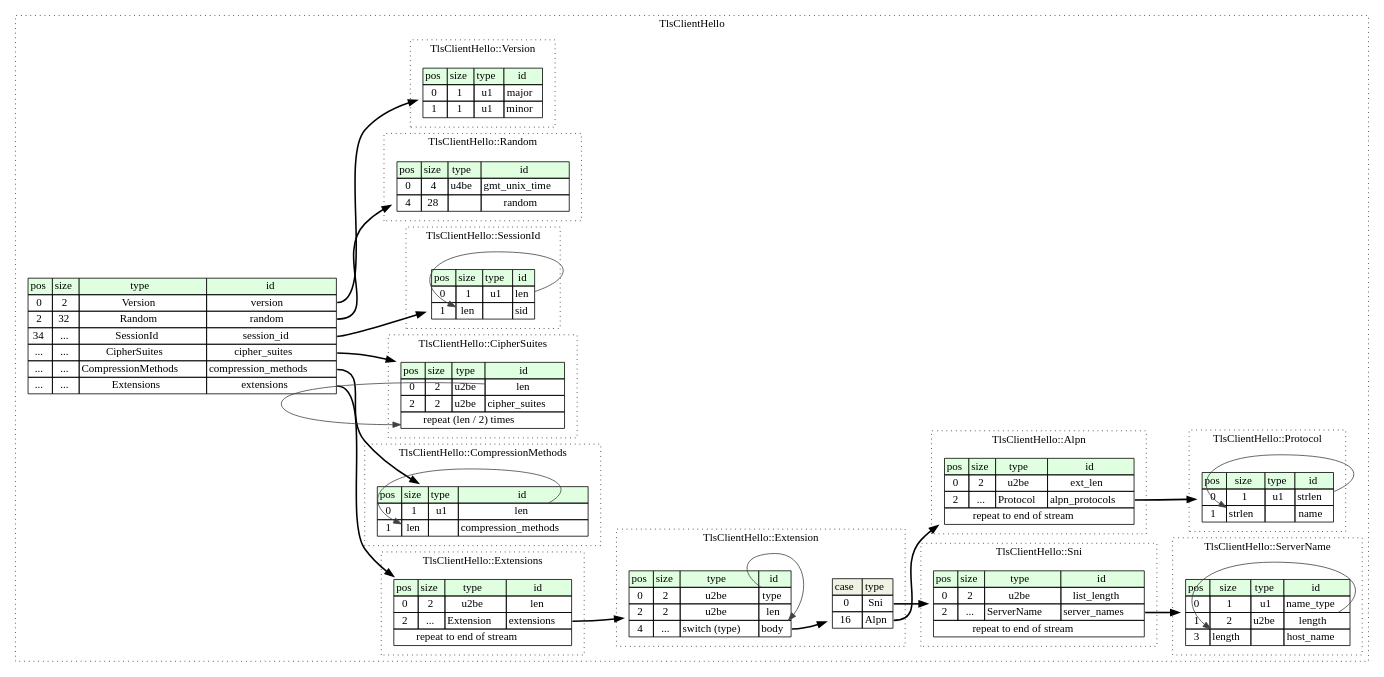
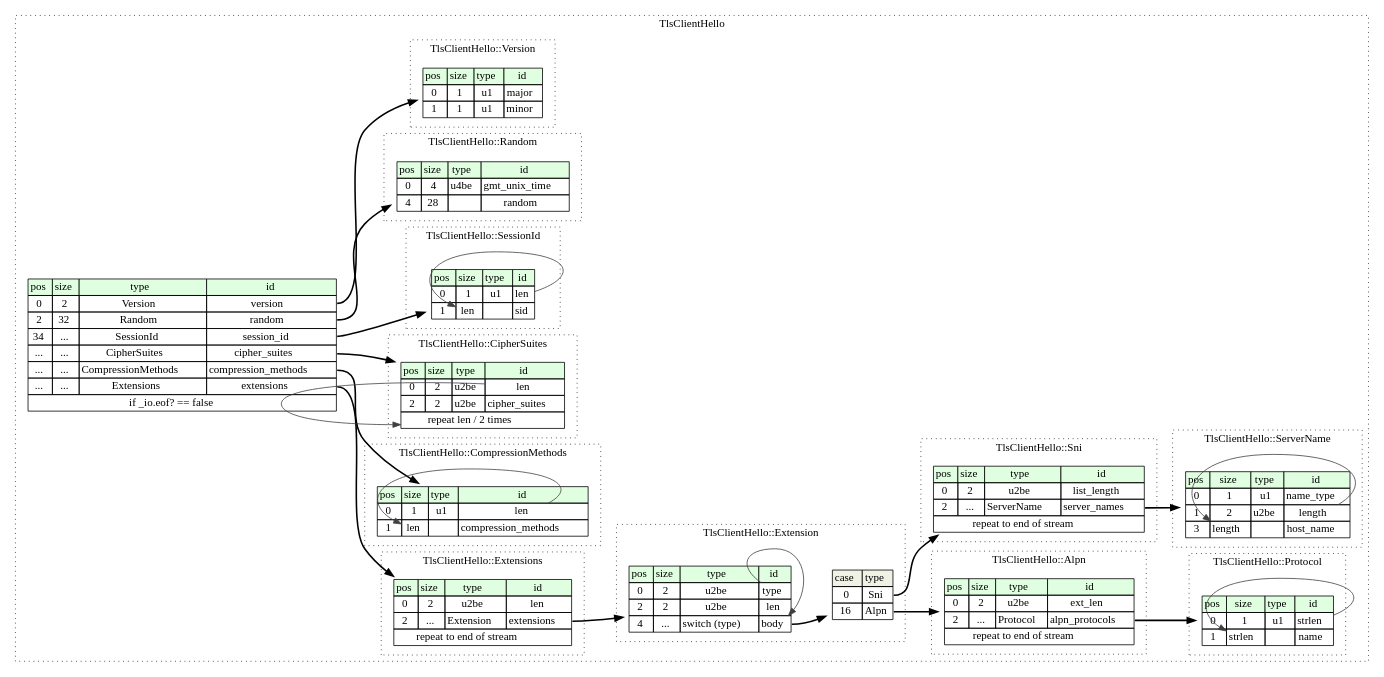
Before and after one commit to kaitai-io/formats-kaitai-io.github.io: the diagram in tls_client_hello/src/graphviz/tls_client_hello.dot, drawn with Graphviz. The commit also changed 6539 other files, not shown here.

```diff
--- a/tls_client_hello/src/graphviz/tls_client_hello.dot
+++ b/tls_client_hello/src/graphviz/tls_client_hello.dot
@@ -13,16 +13,75 @@
 			<TR><TD PORT="cipher_suites_pos">...</TD><TD PORT="cipher_suites_size">...</TD><TD>CipherSuites</TD><TD PORT="cipher_suites_type">cipher_suites</TD></TR>
 			<TR><TD PORT="compression_methods_pos">...</TD><TD PORT="compression_methods_size">...</TD><TD>CompressionMethods</TD><TD PORT="compression_methods_type">compression_methods</TD></TR>
 			<TR><TD PORT="extensions_pos">...</TD><TD PORT="extensions_size">...</TD><TD>Extensions</TD><TD PORT="extensions_type">extensions</TD></TR>
+			<TR><TD COLSPAN="4" PORT="extensions__if">if _io.eof? == false</TD></TR>
 		</TABLE>>];
-		subgraph cluster__server_name {
-			label="TlsClientHello::ServerName";
+		subgraph cluster__alpn {
+			label="TlsClientHello::Alpn";
 			graph[style=dotted];
 
-			server_name__seq [label=<<TABLE BORDER="0" CELLBORDER="1" CELLSPACING="0">
+			alpn__seq [label=<<TABLE BORDER="0" CELLBORDER="1" CELLSPACING="0">
 				<TR><TD BGCOLOR="#E0FFE0">pos</TD><TD BGCOLOR="#E0FFE0">size</TD><TD BGCOLOR="#E0FFE0">type</TD><TD BGCOLOR="#E0FFE0">id</TD></TR>
-				<TR><TD PORT="name_type_pos">0</TD><TD PORT="name_type_size">1</TD><TD>u1</TD><TD PORT="name_type_type">name_type</TD></TR>
-				<TR><TD PORT="length_pos">1</TD><TD PORT="length_size">2</TD><TD>u2be</TD><TD PORT="length_type">length</TD></TR>
-				<TR><TD PORT="host_name_pos">3</TD><TD PORT="host_name_size">length</TD><TD></TD><TD PORT="host_name_type">host_name</TD></TR>
+				<TR><TD PORT="ext_len_pos">0</TD><TD PORT="ext_len_size">2</TD><TD>u2be</TD><TD PORT="ext_len_type">ext_len</TD></TR>
+				<TR><TD PORT="alpn_protocols_pos">2</TD><TD PORT="alpn_protocols_size">...</TD><TD>Protocol</TD><TD PORT="alpn_protocols_type">alpn_protocols</TD></TR>
+				<TR><TD COLSPAN="4" PORT="alpn_protocols__repeat">repeat to end of stream</TD></TR>
+			</TABLE>>];
+		}
+		subgraph cluster__cipher_suites {
+			label="TlsClientHello::CipherSuites";
+			graph[style=dotted];
+
+			cipher_suites__seq [label=<<TABLE BORDER="0" CELLBORDER="1" CELLSPACING="0">
+				<TR><TD BGCOLOR="#E0FFE0">pos</TD><TD BGCOLOR="#E0FFE0">size</TD><TD BGCOLOR="#E0FFE0">type</TD><TD BGCOLOR="#E0FFE0">id</TD></TR>
+				<TR><TD PORT="len_pos">0</TD><TD PORT="len_size">2</TD><TD>u2be</TD><TD PORT="len_type">len</TD></TR>
+				<TR><TD PORT="cipher_suites_pos">2</TD><TD PORT="cipher_suites_size">2</TD><TD>u2be</TD><TD PORT="cipher_suites_type">cipher_suites</TD></TR>
+				<TR><TD COLSPAN="4" PORT="cipher_suites__repeat">repeat len / 2 times</TD></TR>
+			</TABLE>>];
+		}
+		subgraph cluster__compression_methods {
+			label="TlsClientHello::CompressionMethods";
+			graph[style=dotted];
+
+			compression_methods__seq [label=<<TABLE BORDER="0" CELLBORDER="1" CELLSPACING="0">
+				<TR><TD BGCOLOR="#E0FFE0">pos</TD><TD BGCOLOR="#E0FFE0">size</TD><TD BGCOLOR="#E0FFE0">type</TD><TD BGCOLOR="#E0FFE0">id</TD></TR>
+				<TR><TD PORT="len_pos">0</TD><TD PORT="len_size">1</TD><TD>u1</TD><TD PORT="len_type">len</TD></TR>
+				<TR><TD PORT="compression_methods_pos">1</TD><TD PORT="compression_methods_size">len</TD><TD></TD><TD PORT="compression_methods_type">compression_methods</TD></TR>
+			</TABLE>>];
+		}
+		subgraph cluster__extension {
+			label="TlsClientHello::Extension";
+			graph[style=dotted];
+
+			extension__seq [label=<<TABLE BORDER="0" CELLBORDER="1" CELLSPACING="0">
+				<TR><TD BGCOLOR="#E0FFE0">pos</TD><TD BGCOLOR="#E0FFE0">size</TD><TD BGCOLOR="#E0FFE0">type</TD><TD BGCOLOR="#E0FFE0">id</TD></TR>
+				<TR><TD PORT="type_pos">0</TD><TD PORT="type_size">2</TD><TD>u2be</TD><TD PORT="type_type">type</TD></TR>
+				<TR><TD PORT="len_pos">2</TD><TD PORT="len_size">2</TD><TD>u2be</TD><TD PORT="len_type">len</TD></TR>
+				<TR><TD PORT="body_pos">4</TD><TD PORT="body_size">...</TD><TD>switch (type)</TD><TD PORT="body_type">body</TD></TR>
+			</TABLE>>];
+extension__seq_body_switch [label=<<TABLE BORDER="0" CELLBORDER="1" CELLSPACING="0">
+	<TR><TD BGCOLOR="#F0F2E4">case</TD><TD BGCOLOR="#F0F2E4">type</TD></TR>
+	<TR><TD>0</TD><TD PORT="case0">Sni</TD></TR>
+	<TR><TD>16</TD><TD PORT="case1">Alpn</TD></TR>
+</TABLE>>];
+		}
+		subgraph cluster__extensions {
+			label="TlsClientHello::Extensions";
+			graph[style=dotted];
+
+			extensions__seq [label=<<TABLE BORDER="0" CELLBORDER="1" CELLSPACING="0">
+				<TR><TD BGCOLOR="#E0FFE0">pos</TD><TD BGCOLOR="#E0FFE0">size</TD><TD BGCOLOR="#E0FFE0">type</TD><TD BGCOLOR="#E0FFE0">id</TD></TR>
+				<TR><TD PORT="len_pos">0</TD><TD PORT="len_size">2</TD><TD>u2be</TD><TD PORT="len_type">len</TD></TR>
+				<TR><TD PORT="extensions_pos">2</TD><TD PORT="extensions_size">...</TD><TD>Extension</TD><TD PORT="extensions_type">extensions</TD></TR>
+				<TR><TD COLSPAN="4" PORT="extensions__repeat">repeat to end of stream</TD></TR>
+			</TABLE>>];
+		}
+		subgraph cluster__protocol {
+			label="TlsClientHello::Protocol";
+			graph[style=dotted];
+
+			protocol__seq [label=<<TABLE BORDER="0" CELLBORDER="1" CELLSPACING="0">
+				<TR><TD BGCOLOR="#E0FFE0">pos</TD><TD BGCOLOR="#E0FFE0">size</TD><TD BGCOLOR="#E0FFE0">type</TD><TD BGCOLOR="#E0FFE0">id</TD></TR>
+				<TR><TD PORT="strlen_pos">0</TD><TD PORT="strlen_size">1</TD><TD>u1</TD><TD PORT="strlen_type">strlen</TD></TR>
+				<TR><TD PORT="name_pos">1</TD><TD PORT="name_size">strlen</TD><TD></TD><TD PORT="name_type">name</TD></TR>
 			</TABLE>>];
 		}
 		subgraph cluster__random {
@@ -33,6 +92,17 @@
 				<TR><TD BGCOLOR="#E0FFE0">pos</TD><TD BGCOLOR="#E0FFE0">size</TD><TD BGCOLOR="#E0FFE0">type</TD><TD BGCOLOR="#E0FFE0">id</TD></TR>
 				<TR><TD PORT="gmt_unix_time_pos">0</TD><TD PORT="gmt_unix_time_size">4</TD><TD>u4be</TD><TD PORT="gmt_unix_time_type">gmt_unix_time</TD></TR>
 				<TR><TD PORT="random_pos">4</TD><TD PORT="random_size">28</TD><TD></TD><TD PORT="random_type">random</TD></TR>
+			</TABLE>>];
+		}
+		subgraph cluster__server_name {
+			label="TlsClientHello::ServerName";
+			graph[style=dotted];
+
+			server_name__seq [label=<<TABLE BORDER="0" CELLBORDER="1" CELLSPACING="0">
+				<TR><TD BGCOLOR="#E0FFE0">pos</TD><TD BGCOLOR="#E0FFE0">size</TD><TD BGCOLOR="#E0FFE0">type</TD><TD BGCOLOR="#E0FFE0">id</TD></TR>
+				<TR><TD PORT="name_type_pos">0</TD><TD PORT="name_type_size">1</TD><TD>u1</TD><TD PORT="name_type_type">name_type</TD></TR>
+				<TR><TD PORT="length_pos">1</TD><TD PORT="length_size">2</TD><TD>u2be</TD><TD PORT="length_type">length</TD></TR>
+				<TR><TD PORT="host_name_pos">3</TD><TD PORT="host_name_size">length</TD><TD></TD><TD PORT="host_name_type">host_name</TD></TR>
 			</TABLE>>];
 		}
 		subgraph cluster__session_id {
@@ -56,49 +126,6 @@
 				<TR><TD COLSPAN="4" PORT="server_names__repeat">repeat to end of stream</TD></TR>
 			</TABLE>>];
 		}
-		subgraph cluster__cipher_suites {
-			label="TlsClientHello::CipherSuites";
-			graph[style=dotted];
-
-			cipher_suites__seq [label=<<TABLE BORDER="0" CELLBORDER="1" CELLSPACING="0">
-				<TR><TD BGCOLOR="#E0FFE0">pos</TD><TD BGCOLOR="#E0FFE0">size</TD><TD BGCOLOR="#E0FFE0">type</TD><TD BGCOLOR="#E0FFE0">id</TD></TR>
-				<TR><TD PORT="len_pos">0</TD><TD PORT="len_size">2</TD><TD>u2be</TD><TD PORT="len_type">len</TD></TR>
-				<TR><TD PORT="cipher_suites_pos">2</TD><TD PORT="cipher_suites_size">2</TD><TD>u2be</TD><TD PORT="cipher_suites_type">cipher_suites</TD></TR>
-				<TR><TD COLSPAN="4" PORT="cipher_suites__repeat">repeat (len / 2) times</TD></TR>
-			</TABLE>>];
-		}
-		subgraph cluster__compression_methods {
-			label="TlsClientHello::CompressionMethods";
-			graph[style=dotted];
-
-			compression_methods__seq [label=<<TABLE BORDER="0" CELLBORDER="1" CELLSPACING="0">
-				<TR><TD BGCOLOR="#E0FFE0">pos</TD><TD BGCOLOR="#E0FFE0">size</TD><TD BGCOLOR="#E0FFE0">type</TD><TD BGCOLOR="#E0FFE0">id</TD></TR>
-				<TR><TD PORT="len_pos">0</TD><TD PORT="len_size">1</TD><TD>u1</TD><TD PORT="len_type">len</TD></TR>
-				<TR><TD PORT="compression_methods_pos">1</TD><TD PORT="compression_methods_size">len</TD><TD></TD><TD PORT="compression_methods_type">compression_methods</TD></TR>
-			</TABLE>>];
-		}
-		subgraph cluster__alpn {
-			label="TlsClientHello::Alpn";
-			graph[style=dotted];
-
-			alpn__seq [label=<<TABLE BORDER="0" CELLBORDER="1" CELLSPACING="0">
-				<TR><TD BGCOLOR="#E0FFE0">pos</TD><TD BGCOLOR="#E0FFE0">size</TD><TD BGCOLOR="#E0FFE0">type</TD><TD BGCOLOR="#E0FFE0">id</TD></TR>
-				<TR><TD PORT="ext_len_pos">0</TD><TD PORT="ext_len_size">2</TD><TD>u2be</TD><TD PORT="ext_len_type">ext_len</TD></TR>
-				<TR><TD PORT="alpn_protocols_pos">2</TD><TD PORT="alpn_protocols_size">...</TD><TD>Protocol</TD><TD PORT="alpn_protocols_type">alpn_protocols</TD></TR>
-				<TR><TD COLSPAN="4" PORT="alpn_protocols__repeat">repeat to end of stream</TD></TR>
-			</TABLE>>];
-		}
-		subgraph cluster__extensions {
-			label="TlsClientHello::Extensions";
-			graph[style=dotted];
-
-			extensions__seq [label=<<TABLE BORDER="0" CELLBORDER="1" CELLSPACING="0">
-				<TR><TD BGCOLOR="#E0FFE0">pos</TD><TD BGCOLOR="#E0FFE0">size</TD><TD BGCOLOR="#E0FFE0">type</TD><TD BGCOLOR="#E0FFE0">id</TD></TR>
-				<TR><TD PORT="len_pos">0</TD><TD PORT="len_size">2</TD><TD>u2be</TD><TD PORT="len_type">len</TD></TR>
-				<TR><TD PORT="extensions_pos">2</TD><TD PORT="extensions_size">...</TD><TD>Extension</TD><TD PORT="extensions_type">extensions</TD></TR>
-				<TR><TD COLSPAN="4" PORT="extensions__repeat">repeat to end of stream</TD></TR>
-			</TABLE>>];
-		}
 		subgraph cluster__version {
 			label="TlsClientHello::Version";
 			graph[style=dotted];
@@ -109,32 +136,6 @@
 				<TR><TD PORT="minor_pos">1</TD><TD PORT="minor_size">1</TD><TD>u1</TD><TD PORT="minor_type">minor</TD></TR>
 			</TABLE>>];
 		}
-		subgraph cluster__protocol {
-			label="TlsClientHello::Protocol";
-			graph[style=dotted];
-
-			protocol__seq [label=<<TABLE BORDER="0" CELLBORDER="1" CELLSPACING="0">
-				<TR><TD BGCOLOR="#E0FFE0">pos</TD><TD BGCOLOR="#E0FFE0">size</TD><TD BGCOLOR="#E0FFE0">type</TD><TD BGCOLOR="#E0FFE0">id</TD></TR>
-				<TR><TD PORT="strlen_pos">0</TD><TD PORT="strlen_size">1</TD><TD>u1</TD><TD PORT="strlen_type">strlen</TD></TR>
-				<TR><TD PORT="name_pos">1</TD><TD PORT="name_size">strlen</TD><TD></TD><TD PORT="name_type">name</TD></TR>
-			</TABLE>>];
-		}
-		subgraph cluster__extension {
-			label="TlsClientHello::Extension";
-			graph[style=dotted];
-
-			extension__seq [label=<<TABLE BORDER="0" CELLBORDER="1" CELLSPACING="0">
-				<TR><TD BGCOLOR="#E0FFE0">pos</TD><TD BGCOLOR="#E0FFE0">size</TD><TD BGCOLOR="#E0FFE0">type</TD><TD BGCOLOR="#E0FFE0">id</TD></TR>
-				<TR><TD PORT="type_pos">0</TD><TD PORT="type_size">2</TD><TD>u2be</TD><TD PORT="type_type">type</TD></TR>
-				<TR><TD PORT="len_pos">2</TD><TD PORT="len_size">2</TD><TD>u2be</TD><TD PORT="len_type">len</TD></TR>
-				<TR><TD PORT="body_pos">4</TD><TD PORT="body_size">...</TD><TD>switch (type)</TD><TD PORT="body_type">body</TD></TR>
-			</TABLE>>];
-extension__seq_body_switch [label=<<TABLE BORDER="0" CELLBORDER="1" CELLSPACING="0">
-	<TR><TD BGCOLOR="#F0F2E4">case</TD><TD BGCOLOR="#F0F2E4">type</TD></TR>
-	<TR><TD>0</TD><TD PORT="case0">Sni</TD></TR>
-	<TR><TD>16</TD><TD PORT="case1">Alpn</TD></TR>
-</TABLE>>];
-		}
 	}
 	tls_client_hello__seq:version_type -> version__seq [style=bold];
 	tls_client_hello__seq:random_type -> random__seq [style=bold];
@@ -142,16 +143,16 @@
 	tls_client_hello__seq:cipher_suites_type -> cipher_suites__seq [style=bold];
 	tls_client_hello__seq:compression_methods_type -> compression_methods__seq [style=bold];
 	tls_client_hello__seq:extensions_type -> extensions__seq [style=bold];
-	server_name__seq:length_type -> server_name__seq:host_name_size [color="#404040"];
-	session_id__seq:len_type -> session_id__seq:sid_size [color="#404040"];
-	sni__seq:server_names_type -> server_name__seq [style=bold];
+	alpn__seq:alpn_protocols_type -> protocol__seq [style=bold];
 	cipher_suites__seq:len_type -> cipher_suites__seq:cipher_suites__repeat [color="#404040"];
 	compression_methods__seq:len_type -> compression_methods__seq:compression_methods_size [color="#404040"];
-	alpn__seq:alpn_protocols_type -> protocol__seq [style=bold];
-	extensions__seq:extensions_type -> extension__seq [style=bold];
-	protocol__seq:strlen_type -> protocol__seq:name_size [color="#404040"];
 	extension__seq:body_type -> extension__seq_body_switch [style=bold];
 	extension__seq_body_switch:case0 -> sni__seq [style=bold];
 	extension__seq_body_switch:case1 -> alpn__seq [style=bold];
 	extension__seq:type_type -> extension__seq:body_type [color="#404040"];
+	extensions__seq:extensions_type -> extension__seq [style=bold];
+	protocol__seq:strlen_type -> protocol__seq:name_size [color="#404040"];
+	server_name__seq:length_type -> server_name__seq:host_name_size [color="#404040"];
+	session_id__seq:len_type -> session_id__seq:sid_size [color="#404040"];
+	sni__seq:server_names_type -> server_name__seq [style=bold];
 }
```
